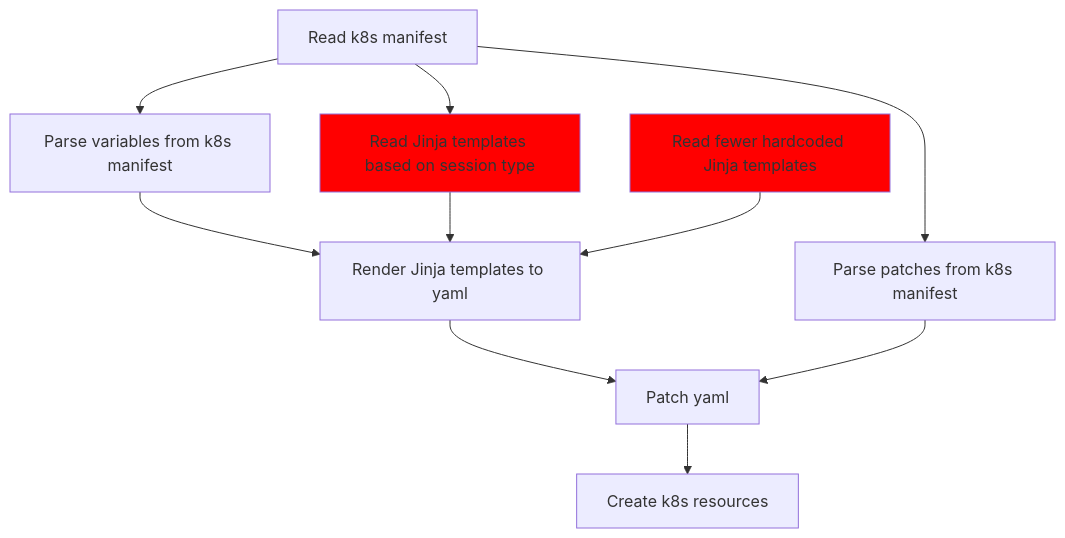
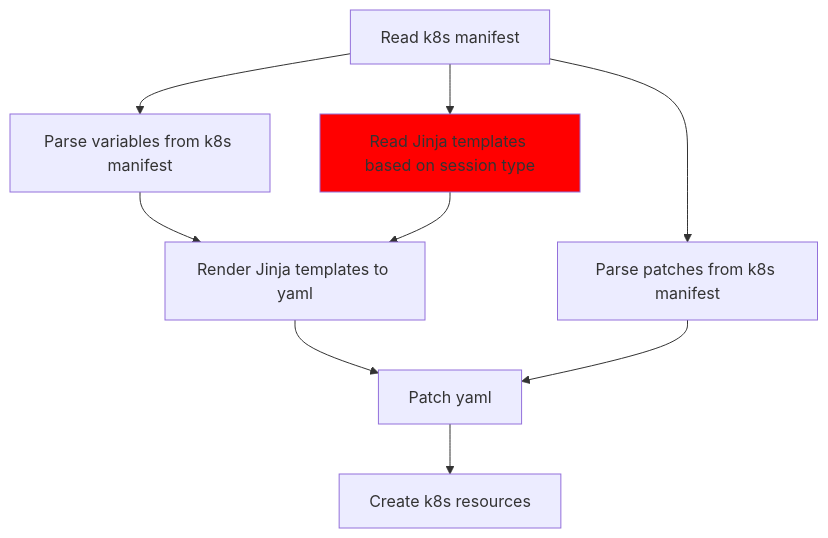
One commit to SwissDataScienceCenter/renku-design-docs changed the second of 2 diagrams in design/004-native-rstudio-sessions/004-native-rstudio-sessions.md. Above: the diagram before and after it, drawn with Mermaid. The commit also changed other lines of this file, not shown here.

````diff
--- a/design/004-native-rstudio-sessions/004-native-rstudio-sessions.md
+++ b/design/004-native-rstudio-sessions/004-native-rstudio-sessions.md
@@ -67,23 +67,20 @@
 ```mermaid
 graph TD
     style C1 fill:#f00
-    style A2 fill:#f00
     A1[Read k8s manifest]
-    A2[Read fewer hardcoded Jinja templates]
     B[Parse variables from k8s manifest]
     C[Parse patches from k8s manifest]
     C1[Read Jinja templates based on session type]
     D[Render Jinja templates to yaml]
     E[Patch yaml] 
     F[Create k8s resources]
     
     A1 --> B
     A1 --> C
     A1 --> C1
     B --> D
     C1 --> D
-    A2 --> D
     D --> E
     C --> E
     E --> F
 ```
````
